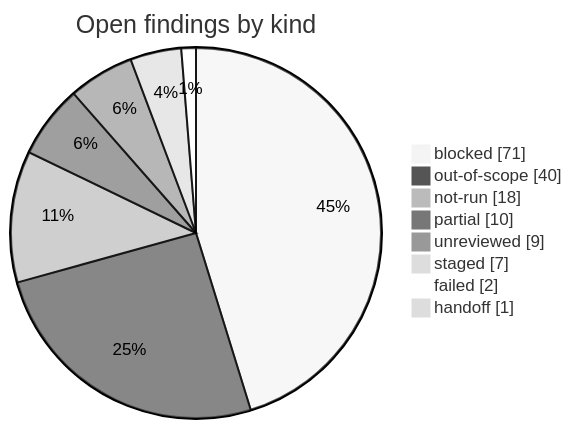
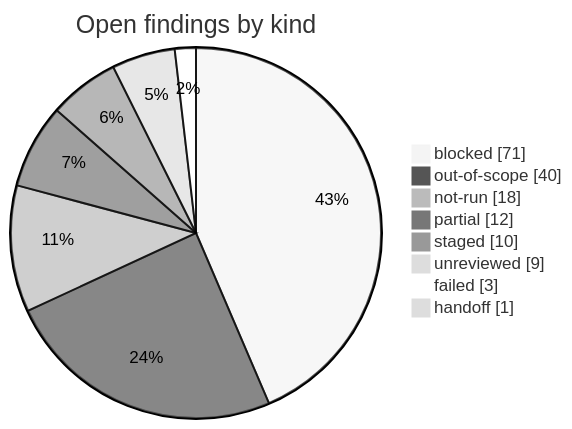
The diagram in research/open-findings.md (korczis/OpenTTD), drawn with Mermaid (neutral theme) before and after one commit. The commit also changed other lines of this file and 18 other files, not shown here.

````diff
--- a/research/open-findings.md
+++ b/research/open-findings.md
@@ -36,12 +36,12 @@
 ```mermaid
 pie showData title Open findings by kind
-    %% links: open-findings.md?col=Kind&filter=blocked#findings | open-findings.md?col=Kind&filter=out-of-scope#findings | open-findings.md?col=Kind&filter=not-run#findings | open-findings.md?col=Kind&filter=partial#findings | open-findings.md?col=Kind&filter=unreviewed#findings | open-findings.md?col=Kind&filter=staged#findings | open-findings.md?col=Kind&filter=failed#findings | open-findings.md?col=Kind&filter=handoff#findings
+    %% links: open-findings.md?col=Kind&filter=blocked#findings | open-findings.md?col=Kind&filter=out-of-scope#findings | open-findings.md?col=Kind&filter=not-run#findings | open-findings.md?col=Kind&filter=partial#findings | open-findings.md?col=Kind&filter=staged#findings | open-findings.md?col=Kind&filter=unreviewed#findings | open-findings.md?col=Kind&filter=failed#findings | open-findings.md?col=Kind&filter=handoff#findings
     "blocked" : 71
     "out-of-scope" : 40
     "not-run" : 18
-    "partial" : 10
+    "partial" : 12
+    "staged" : 10
     "unreviewed" : 9
-    "staged" : 7
-    "failed" : 2
+    "failed" : 3
     "handoff" : 1
 ```
````
